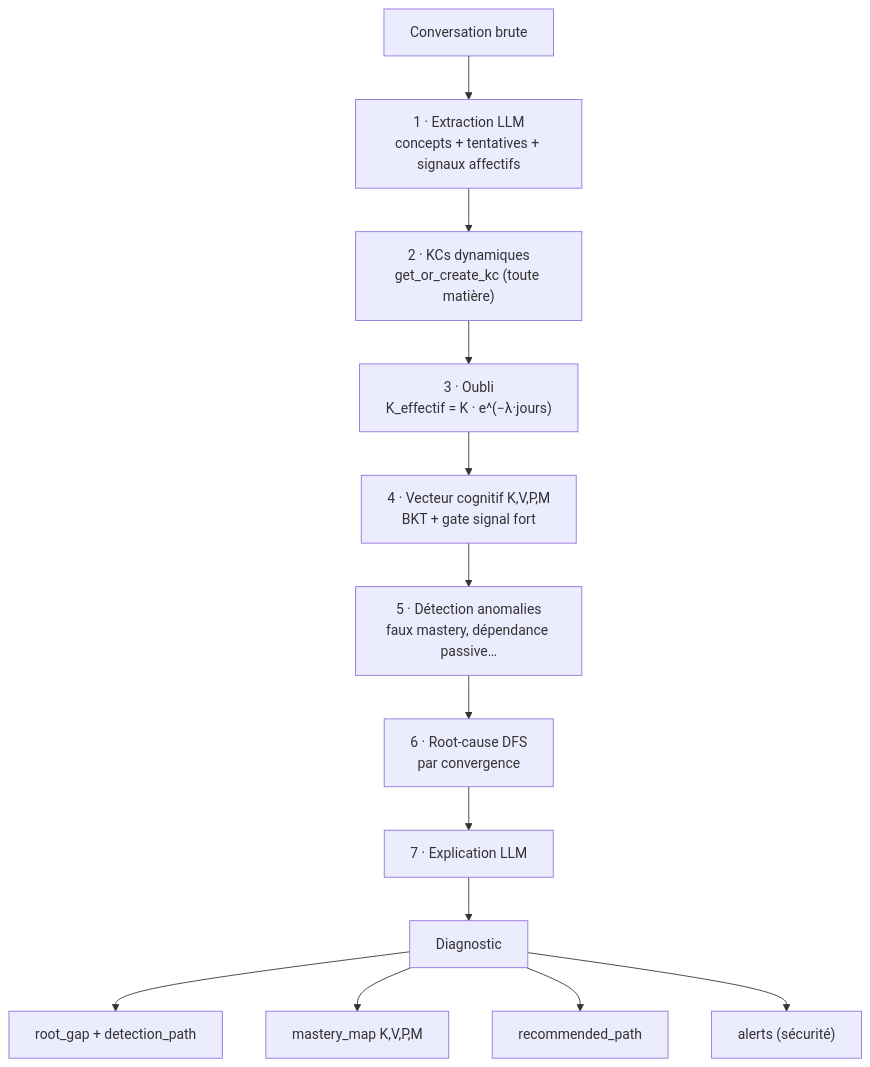
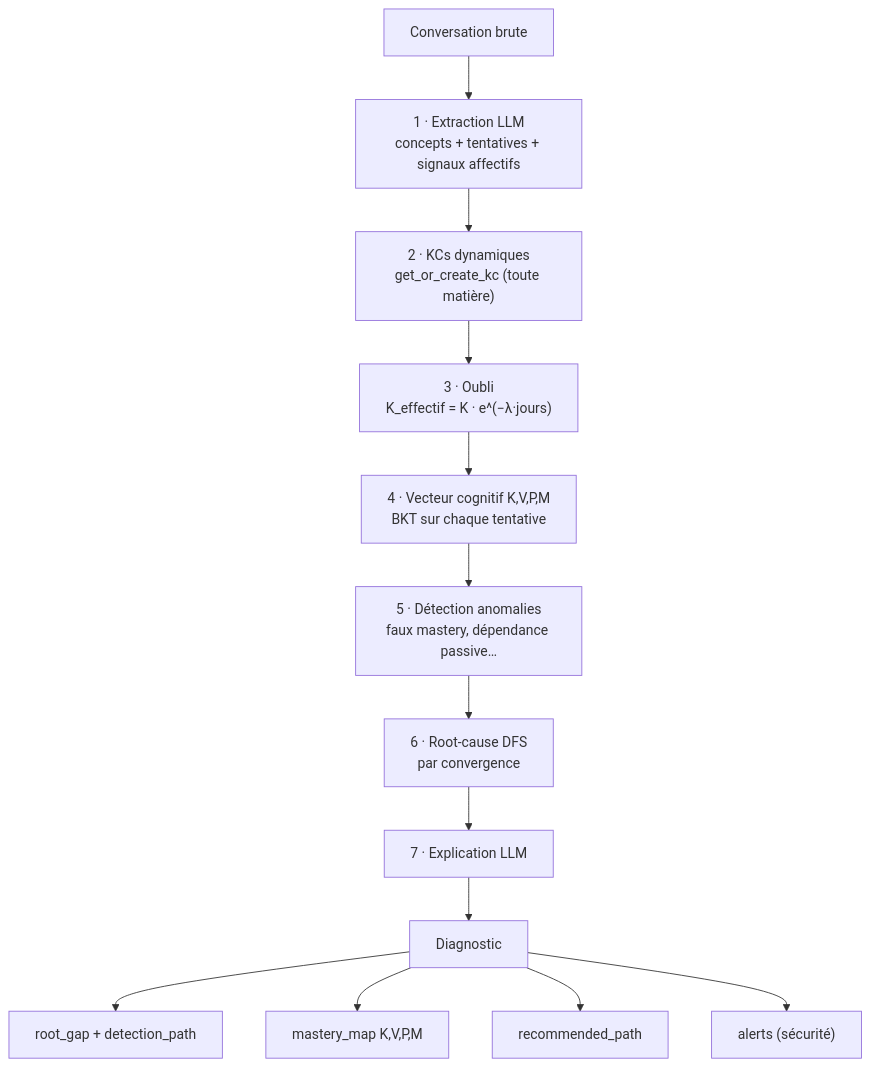
The second of 6 diagrams in ARCHITECTURE_DIAGRAMS.md (angekana49-ui/Bluestift-Kernel), drawn with Mermaid before and after one commit. The commit also changed 5 other files, not shown here.

````diff
--- a/ARCHITECTURE_DIAGRAMS.md
+++ b/ARCHITECTURE_DIAGRAMS.md
@@ -44,16 +44,16 @@
 ```mermaid
 flowchart TD
     IN["Conversation brute"] --> S1
     S1["1 · Extraction LLM<br/>concepts + tentatives + signaux affectifs"] --> S2
     S2["2 · KCs dynamiques<br/>get_or_create_kc (toute matière)"] --> S3
     S3["3 · Oubli<br/>K_effectif = K · e^(−λ·jours)"] --> S4
-    S4["4 · Vecteur cognitif K,V,P,M<br/>BKT + gate signal fort"] --> S5
+    S4["4 · Vecteur cognitif K,V,P,M<br/>BKT sur chaque tentative"] --> S5
     S5["5 · Détection anomalies<br/>faux mastery, dépendance passive…"] --> S6
     S6["6 · Root-cause DFS<br/>par convergence"] --> S7
     S7["7 · Explication LLM"] --> OUT
 
     OUT["Diagnostic"] --> R1["root_gap + detection_path"]
     OUT --> R2["mastery_map K,V,P,M"]
     OUT --> R3["recommended_path"]
     OUT --> R4["alerts (sécurité)"]
 ```
````
